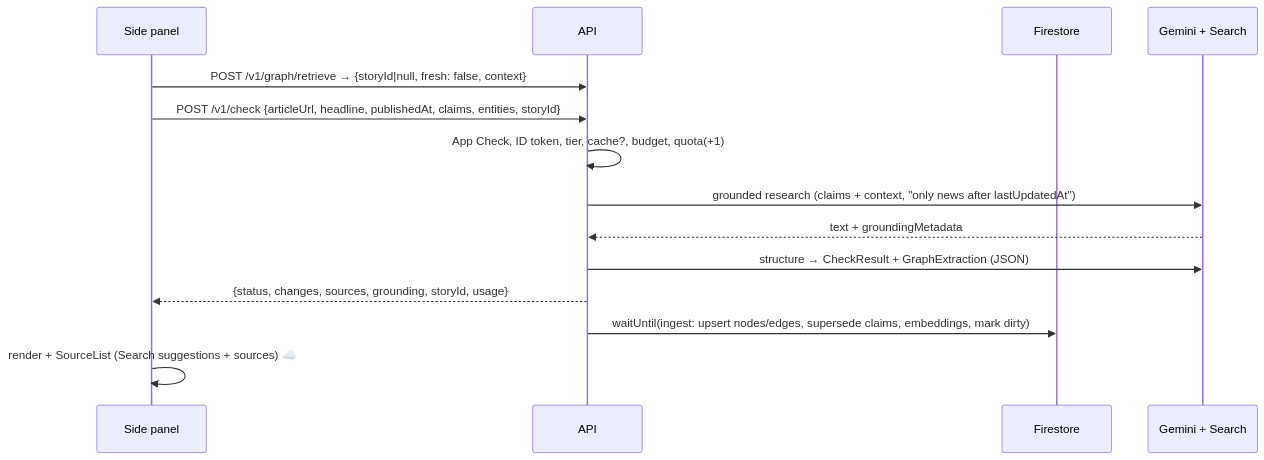
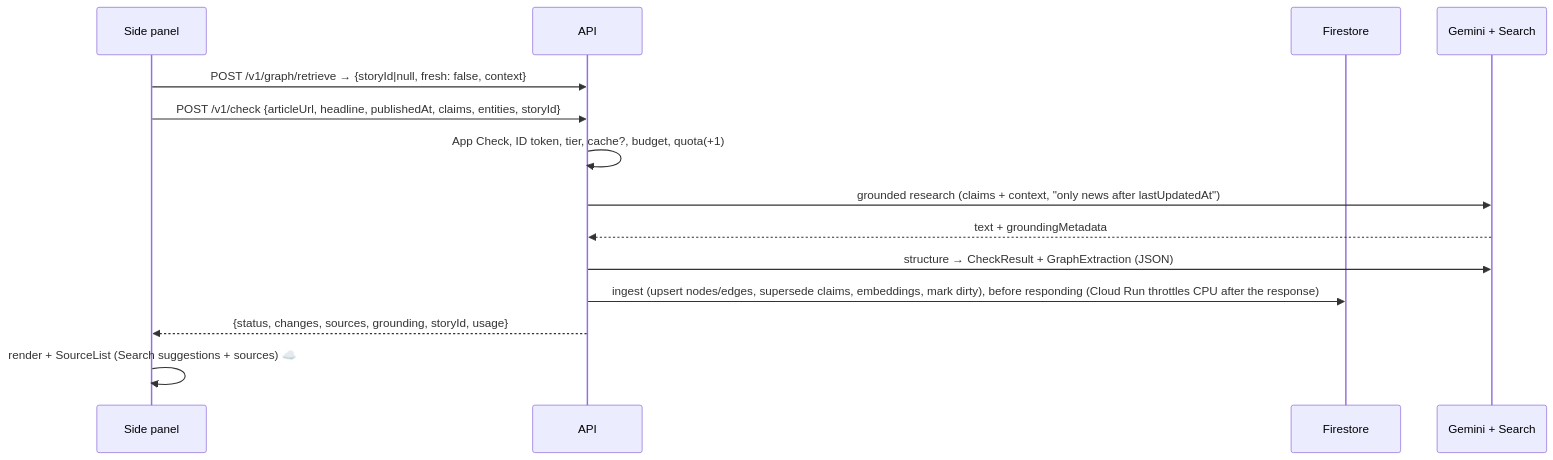
The third of 8 diagrams in docs/architecture/05-request-flows.md (hoangviet2/ThreadNews), drawn with Mermaid before and after one commit. The commit also changed 151 other files, not shown here.

````diff
--- a/docs/architecture/05-request-flows.md
+++ b/docs/architecture/05-request-flows.md
@@ -51,16 +51,16 @@
 ```mermaid
 sequenceDiagram
   participant SP as Side panel
   participant API
   participant FS as Firestore
   participant G as Gemini + Search
   SP->>API: POST /v1/graph/retrieve → {storyId|null, fresh: false, context}
   SP->>API: POST /v1/check {articleUrl, headline, publishedAt, claims, entities, storyId}
   API->>API: App Check, ID token, tier, cache?, budget, quota(+1)
   API->>G: grounded research (claims + context, "only news after lastUpdatedAt")
   G-->>API: text + groundingMetadata
   API->>G: structure → CheckResult + GraphExtraction (JSON)
+  API->>FS: ingest (upsert nodes/edges, supersede claims, embeddings, mark dirty), before responding (Cloud Run throttles CPU after the response)
   API-->>SP: {status, changes, sources, grounding, storyId, usage}
-  API->>FS: waitUntil(ingest: upsert nodes/edges, supersede claims, embeddings, mark dirty)
   SP->>SP: render + SourceList (Search suggestions + sources) ☁️
 ```
````
